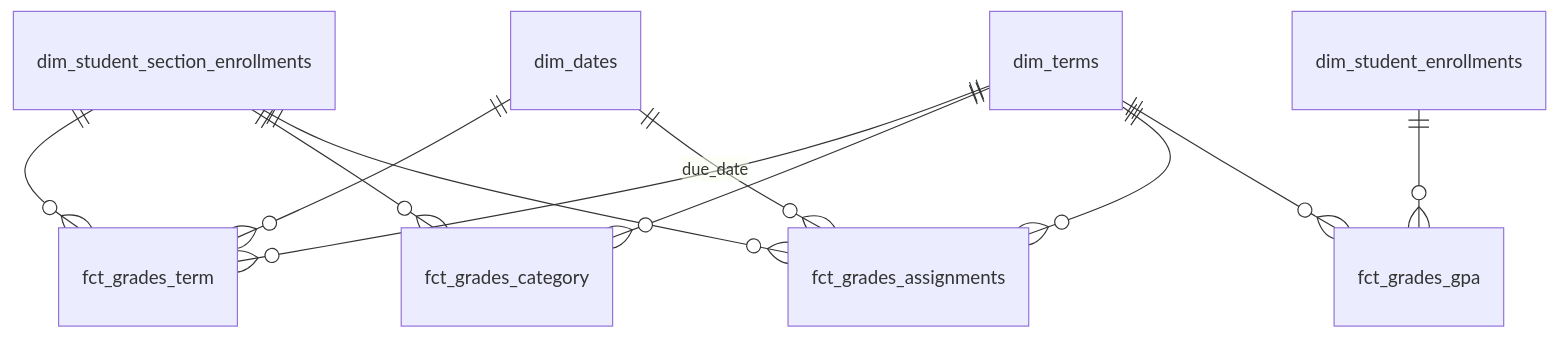
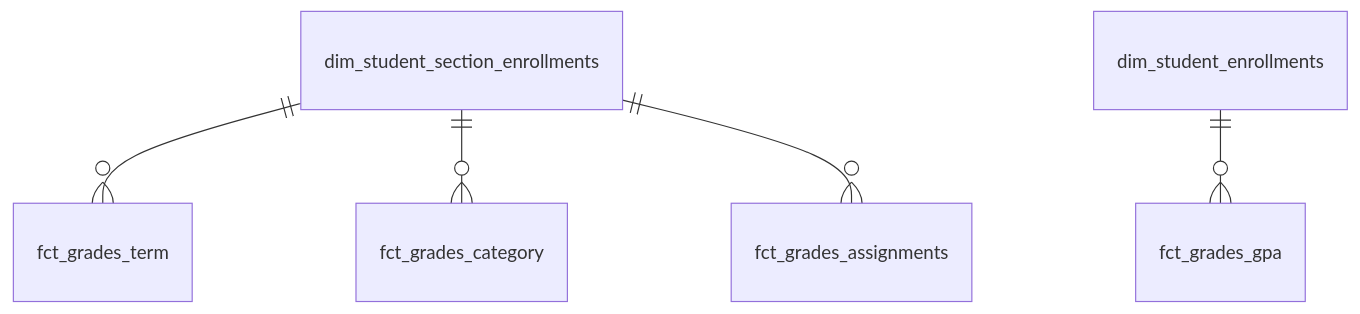
One commit to TEAMSchools/teamster changed the eighth of 10 diagrams in docs/superpowers/specs/2026-03-27-star-schema-data-mart-design.md. Above: the diagram before and after it, drawn with Mermaid. The commit also changed other lines of this file, not shown here.

First line of the commit message:
docs: omit conformed dims from star-schema ERDs

````diff
--- a/docs/superpowers/specs/2026-03-27-star-schema-data-mart-design.md
+++ b/docs/superpowers/specs/2026-03-27-star-schema-data-mart-design.md
@@ -680,13 +652,7 @@
 ```mermaid
 erDiagram
     dim_student_section_enrollments ||--o{ fct_grades_term : ""
     dim_student_section_enrollments ||--o{ fct_grades_category : ""
     dim_student_section_enrollments ||--o{ fct_grades_assignments : ""
     dim_student_enrollments ||--o{ fct_grades_gpa : ""
-    dim_terms ||--o{ fct_grades_term : ""
-    dim_terms ||--o{ fct_grades_category : ""
-    dim_terms ||--o{ fct_grades_assignments : ""
-    dim_terms ||--o{ fct_grades_gpa : ""
-    dim_dates ||--o{ fct_grades_term : ""
-    dim_dates ||--o{ fct_grades_assignments : "due_date"
 ```
````
